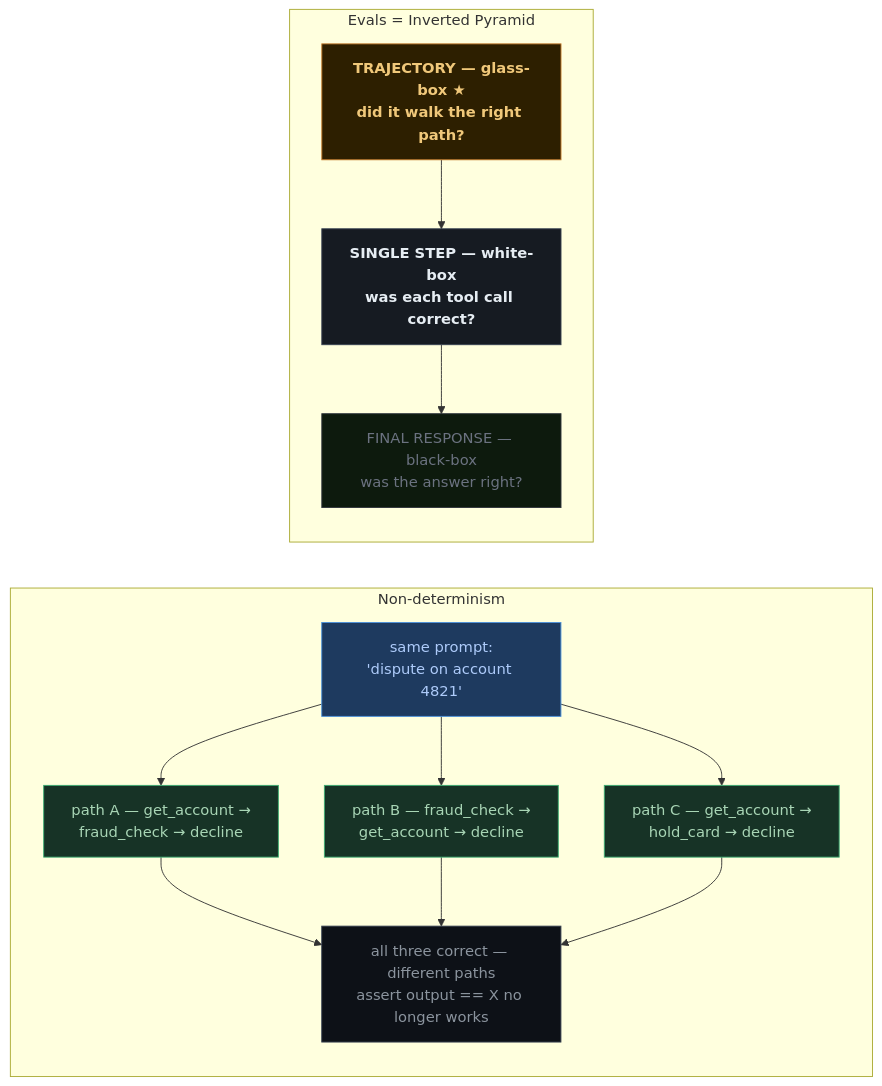
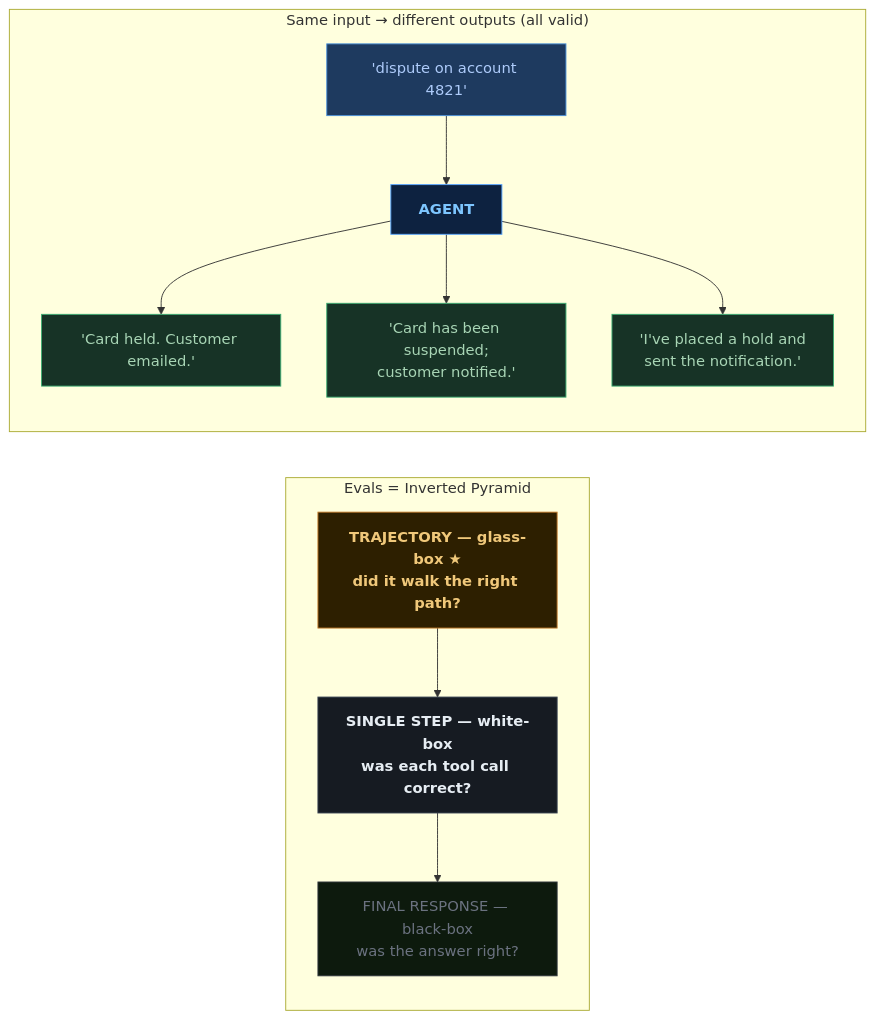
Before and after one commit to jaszczook/your-next-feature-might-need-an-agent: the first of 2 diagrams in slides/section5.md, drawn with Mermaid. The commit also changed other lines of this file and 40 other files, not shown here.

````diff
--- a/slides/section5.md
+++ b/slides/section5.md
@@ -19,28 +19,29 @@
 ```mermaid
-flowchart LR
-    subgraph ND["Non-determinism"]
+flowchart TB
+    subgraph ND["Same input → different outputs (all valid)"]
         direction TB
-        P["same prompt:\n'dispute on account 4821'"]:::prompt
-        O1["path A — get_account →\nfraud_check → decline"]:::out
-        O2["path B — fraud_check →\nget_account → decline"]:::out
-        O3["path C — get_account →\nhold_card → decline"]:::out
-        N["all three correct — different paths\nassert output == X no longer works"]:::note
-        P --> O1 & O2 & O3
-        O1 & O2 & O3 --> N
+        P["'dispute on account 4821'"]:::prompt
+        A["AGENT"]:::agent
+        O1["'Card held. Customer emailed.'"]:::out
+        O2["'Card has been suspended;\ncustomer notified.'"]:::out
+        O3["'I've placed a hold and\nsent the notification.'"]:::out
+        P --> A --> O1 & O2 & O3
     end
 
     subgraph EV["Evals = Inverted Pyramid"]
         direction TB
         T["TRAJECTORY — glass-box ★\ndid it walk the right path?"]:::new
         S["SINGLE STEP — white-box\nwas each tool call correct?"]:::mid
         F["FINAL RESPONSE — black-box\nwas the answer right?"]:::bot
         T --> S --> F
     end
 
+    ND ~~~ EV
+
     classDef prompt fill:#1e3a5f,stroke:#4a90d9,color:#aecbfa
+    classDef agent fill:#0d2240,stroke:#58a6ff,color:#7dc6ff,font-weight:700
     classDef out fill:#173326,stroke:#3cad72,color:#a8d5b5
-    classDef note fill:#0d1117,stroke:#374151,color:#8b949e
     classDef new fill:#2d1f00,stroke:#c47b2a,color:#f0c87a,font-weight:700
     classDef mid fill:#161b22,stroke:#374151,color:#e6edf3,font-weight:700
     classDef bot fill:#0d1a0d,stroke:#30363d,color:#6b7280
 ```
````
